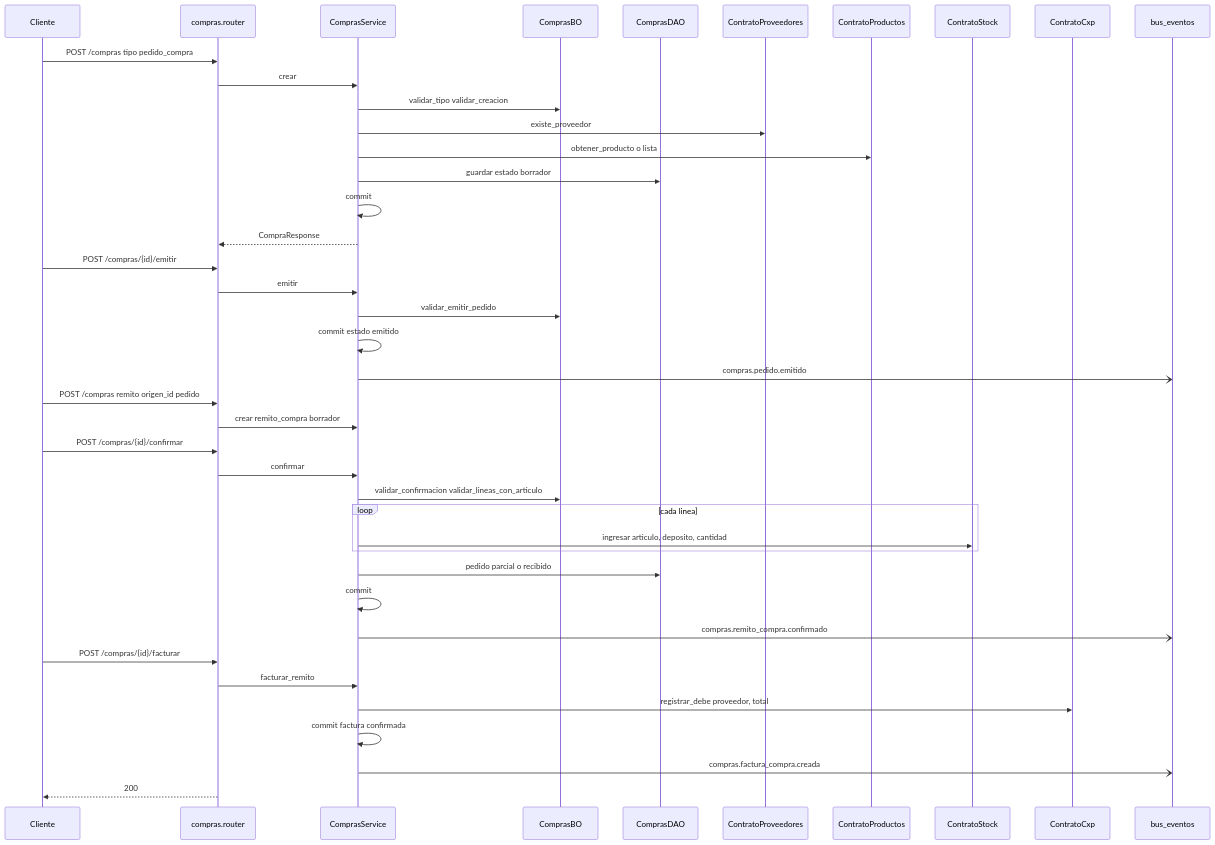
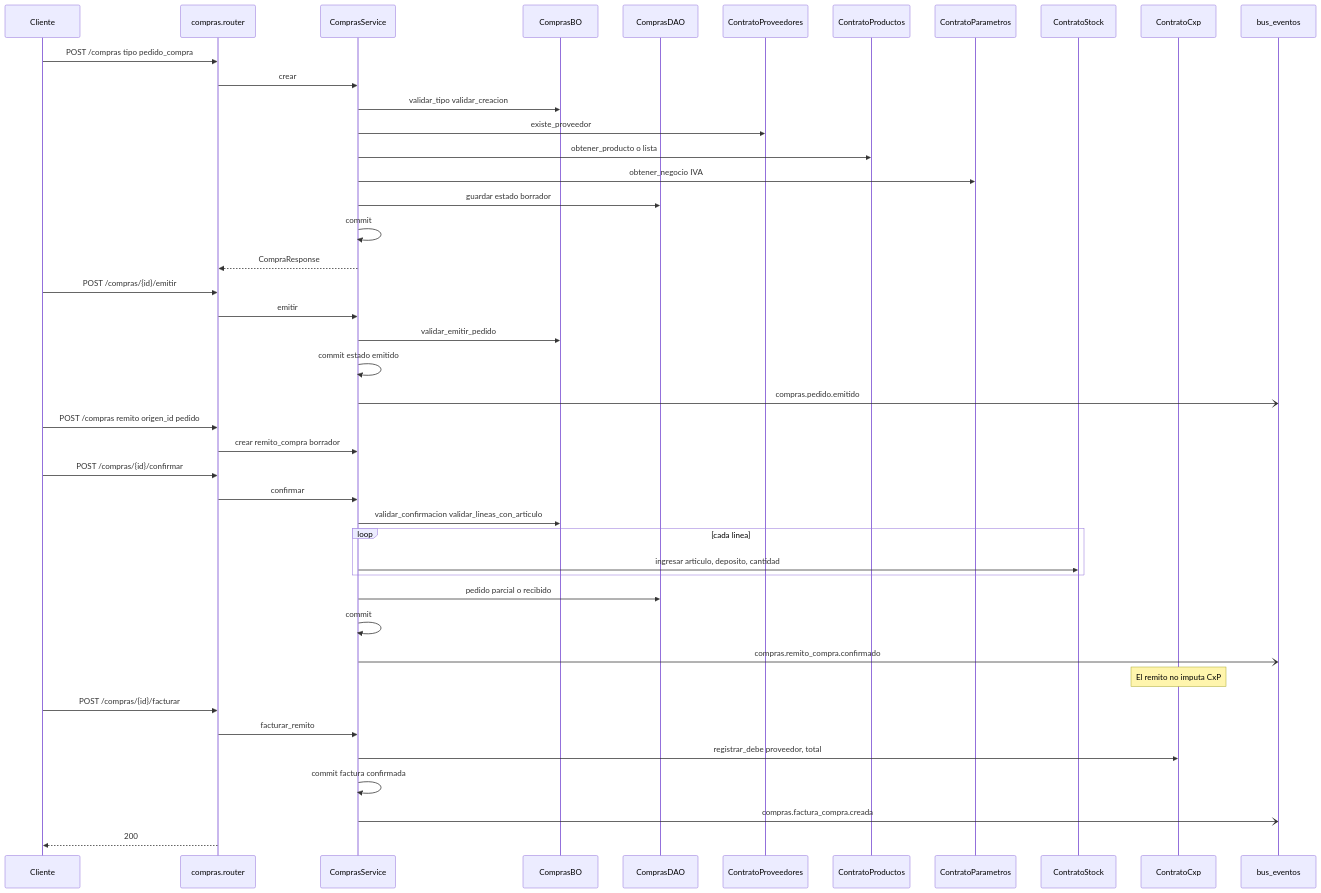
Before and after one commit to estsan3/ventas360-api: the first of 2 diagrams in docs/diagramas/compras.md, drawn with Mermaid. The commit also changed other lines of this file and 21 other files, not shown here.

First line of the commit message:
docs: diagramas de secuencia por módulo (sync 2026-11-13)

````diff
--- a/docs/diagramas/compras.md
+++ b/docs/diagramas/compras.md
@@ -80,47 +80,50 @@
 ```mermaid
 sequenceDiagram
     participant Cliente
     participant Router as compras.router
     participant Service as ComprasService
     participant BO as ComprasBO
     participant DAO as ComprasDAO
     participant Prov as ContratoProveedores
     participant Prod as ContratoProductos
+    participant Param as ContratoParametros
     participant Stock as ContratoStock
     participant Cxp as ContratoCxp
     participant Bus as bus_eventos
 
     Cliente->>Router: POST /compras tipo pedido_compra
     Router->>Service: crear
     Service->>BO: validar_tipo validar_creacion
     Service->>Prov: existe_proveedor
     Service->>Prod: obtener_producto o lista
+    Service->>Param: obtener_negocio IVA
     Service->>DAO: guardar estado borrador
     Service->>Service: commit
     Service-->>Router: CompraResponse
 
     Cliente->>Router: POST /compras/{id}/emitir
     Router->>Service: emitir
     Service->>BO: validar_emitir_pedido
     Service->>Service: commit estado emitido
     Service-)Bus: compras.pedido.emitido
 
     Cliente->>Router: POST /compras remito origen_id pedido
     Router->>Service: crear remito_compra borrador
     Cliente->>Router: POST /compras/{id}/confirmar
     Router->>Service: confirmar
     Service->>BO: validar_confirmacion validar_lineas_con_articulo
     loop cada linea
         Service->>Stock: ingresar articulo, deposito, cantidad
     end
     Service->>DAO: pedido parcial o recibido
     Service->>Service: commit
     Service-)Bus: compras.remito_compra.confirmado
+    Note over Cxp: El remito no imputa CxP
 
     Cliente->>Router: POST /compras/{id}/facturar
     Router->>Service: facturar_remito
     Service->>Cxp: registrar_debe proveedor, total
     Service->>Service: commit factura confirmada
     Service-)Bus: compras.factura_compra.creada
     Router-->>Cliente: 200
 ```
````
